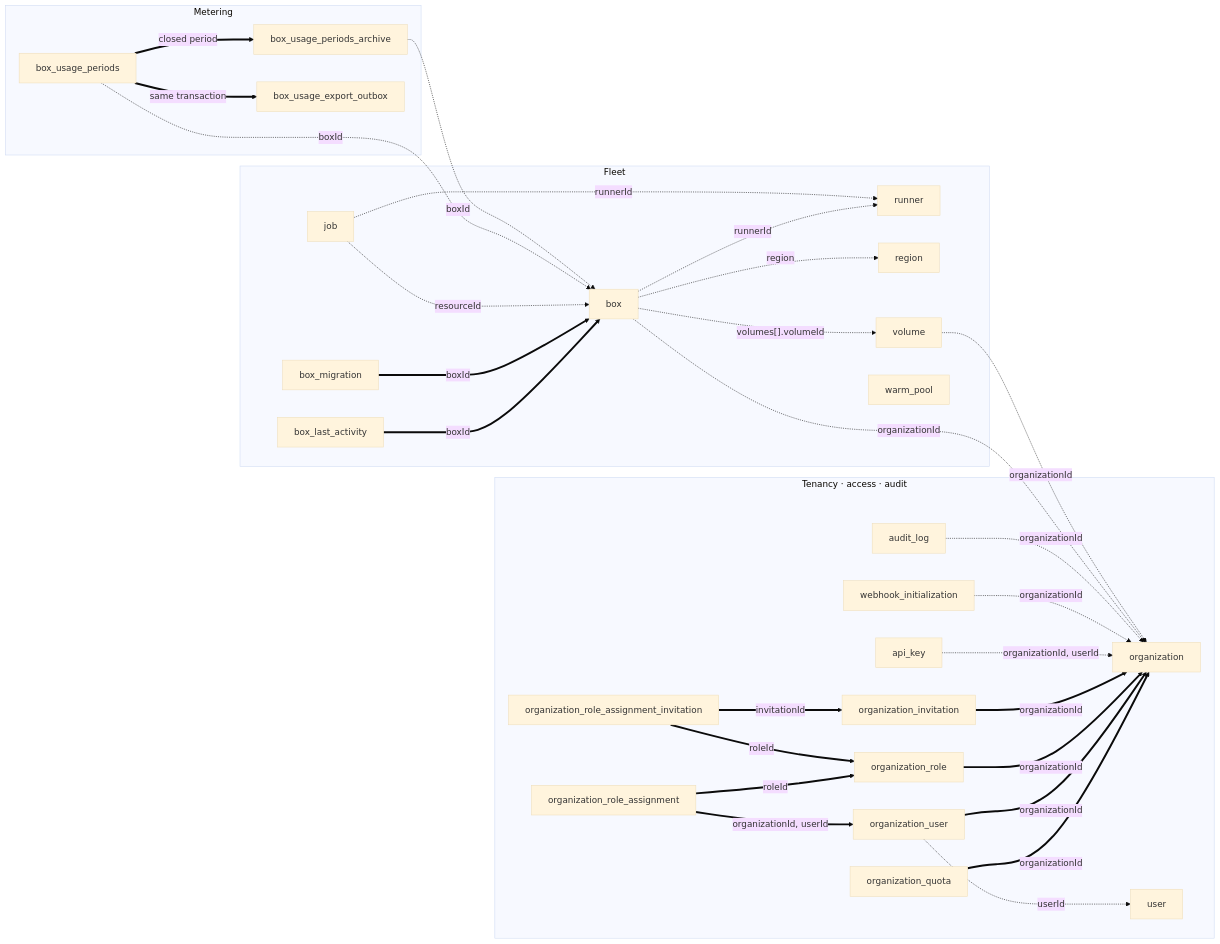
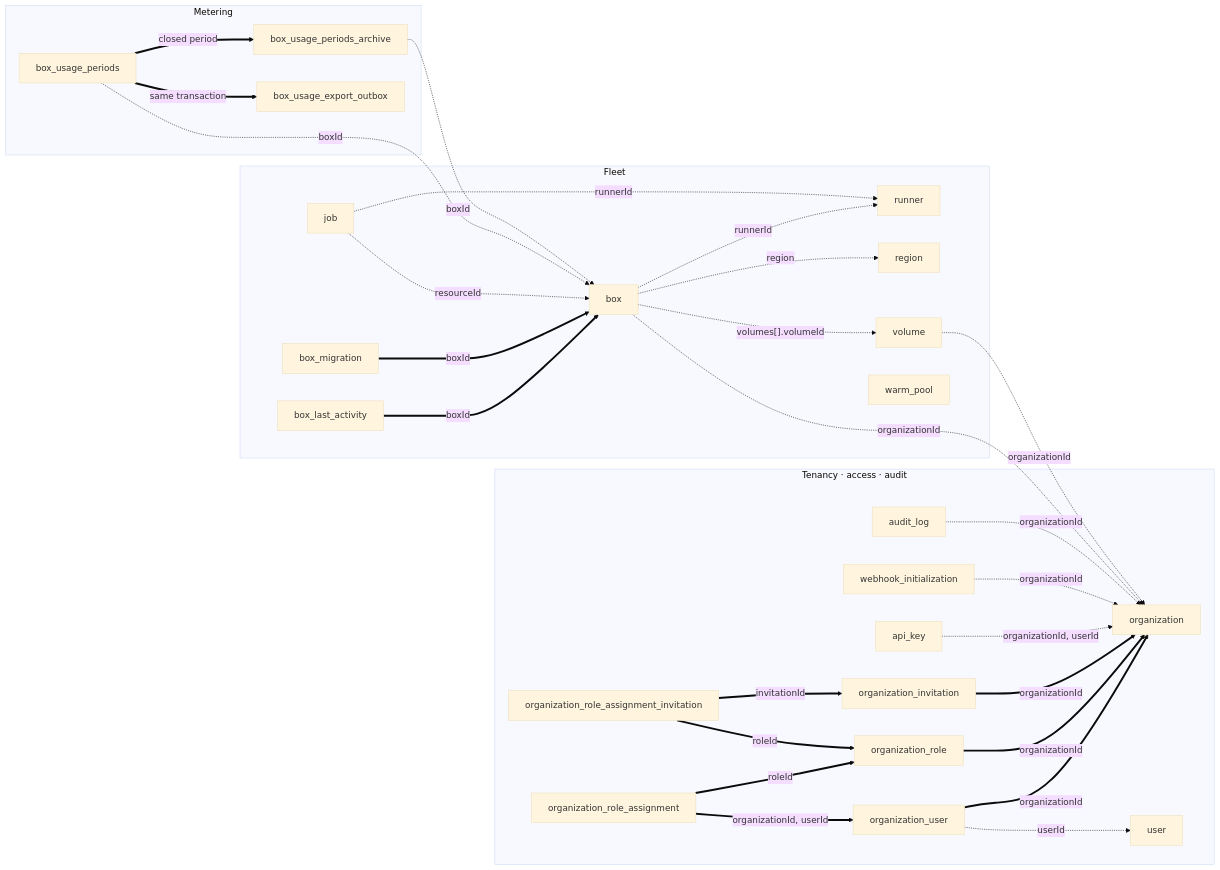
Before and after one commit to DefeatMan/boxlite: the diagram in apps/SCHEMA.md, drawn with Mermaid (base theme). The commit also changed other lines of this file and 29 other files, not shown here.

First line of the commit message:
refactor(api): remove organization quota ownership (#1292)

````diff
--- a/apps/SCHEMA.md
+++ b/apps/SCHEMA.md
@@ -34,60 +34,58 @@
 ```mermaid
 flowchart LR
     subgraph tenancy["Tenancy · access · audit"]
         t_org["organization"]
-        t_quota["organization_quota"]
         t_orguser["organization_user"]
         t_role["organization_role"]
         t_invite["organization_invitation"]
         t_assign["organization_role_assignment"]
         t_assigninv["organization_role_assignment_invitation"]
         t_user["user"]
         t_apikey["api_key"]
         t_webhook["webhook_initialization"]
         t_audit["audit_log"]
     end
 
     subgraph fleet["Fleet"]
         t_box["box"]
         t_activity["box_last_activity"]
         t_migration["box_migration"]
         t_runner["runner"]
         t_region["region"]
         t_volume["volume"]
         t_job["job"]
         t_warm["warm_pool"]
     end
 
     subgraph metering["Metering"]
         t_period["box_usage_periods"]
         t_archive["box_usage_periods_archive"]
         t_outbox["box_usage_export_outbox"]
     end
 
-    t_quota ==>|"organizationId"| t_org
     t_orguser ==>|"organizationId"| t_org
     t_role ==>|"organizationId"| t_org
     t_invite ==>|"organizationId"| t_org
     t_assign ==>|"organizationId, userId"| t_orguser
     t_assign ==>|"roleId"| t_role
     t_assigninv ==>|"invitationId"| t_invite
     t_assigninv ==>|"roleId"| t_role
     t_activity ==>|"boxId"| t_box
     t_migration ==>|"boxId"| t_box
 
     t_orguser -.->|"userId"| t_user
     t_apikey -.->|"organizationId, userId"| t_org
     t_webhook -.->|"organizationId"| t_org
     t_audit -.->|"organizationId"| t_org
     t_box -.->|"organizationId"| t_org
     t_box -.->|"region"| t_region
     t_box -.->|"runnerId"| t_runner
     t_box -.->|"volumes[].volumeId"| t_volume
     t_volume -.->|"organizationId"| t_org
     t_job -.->|"resourceId"| t_box
     t_job -.->|"runnerId"| t_runner
     t_period -.->|"boxId"| t_box
     t_archive -.->|"boxId"| t_box
     t_period ==>|"closed period"| t_archive
     t_period ==>|"same transaction"| t_outbox
 ```
````
